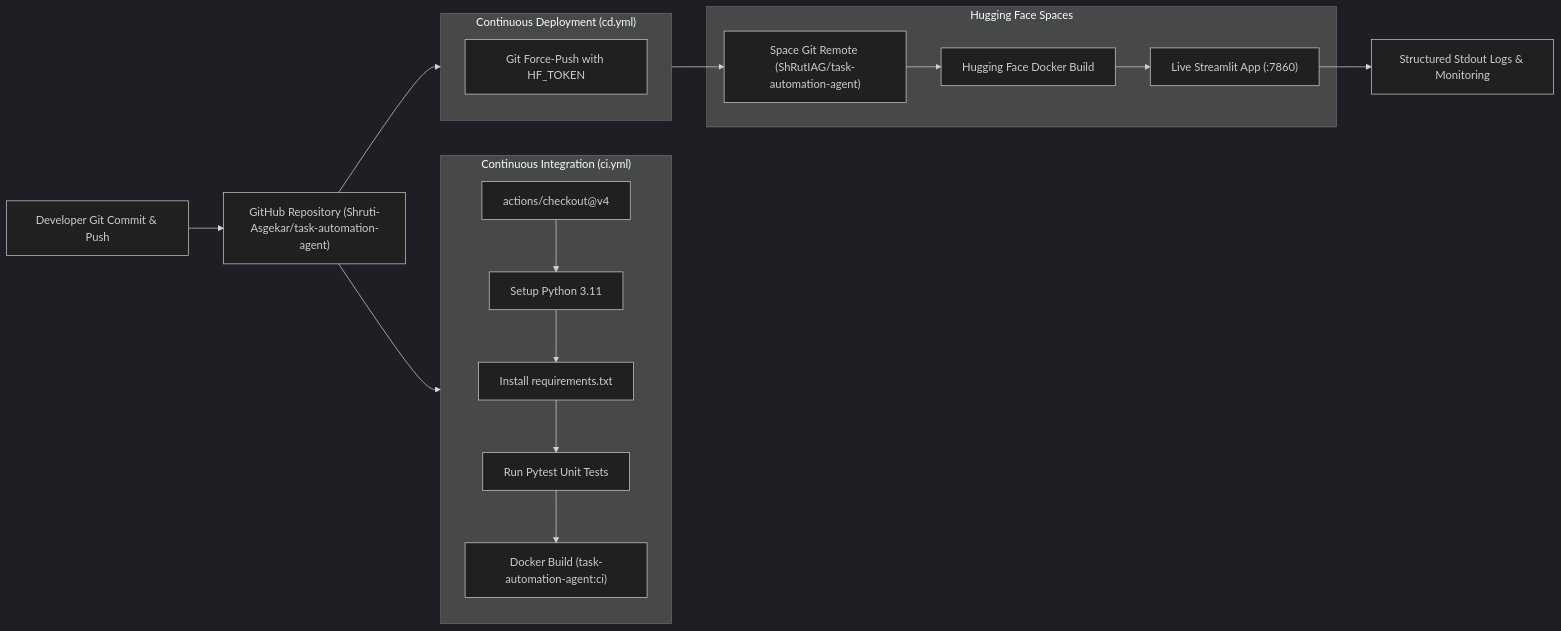
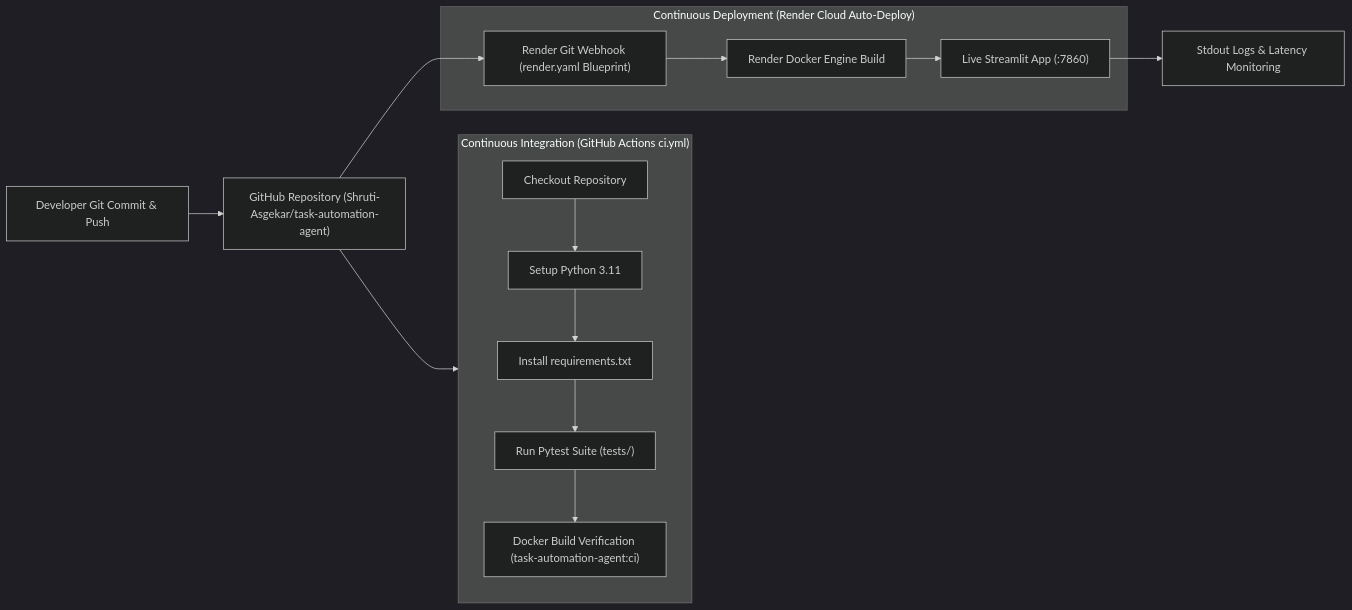
The diagram in docs/SUBMISSION.md (Shruti-Asgekar/task-automation-agent), drawn with Mermaid (dark theme) before and after one commit. The commit also changed other lines of this file and 1 other file, not shown here.

Commit message:
docs: update SUBMISSION.md with Render deployment architecture, live URL, and update cycle evidence

````diff
--- a/docs/SUBMISSION.md
+++ b/docs/SUBMISSION.md
@@ -24,26 +24,20 @@
 ```mermaid
 flowchart LR
     Dev["Developer Git Commit & Push"] --> GitHub["GitHub Repository (Shruti-Asgekar/task-automation-agent)"]
     
-    subgraph CI["Continuous Integration (ci.yml)"]
-        Checkout["actions/checkout@v4"] --> SetupPy["Setup Python 3.11"]
+    subgraph CI["Continuous Integration (GitHub Actions ci.yml)"]
+        Checkout["Checkout Repository"] --> SetupPy["Setup Python 3.11"]
         SetupPy --> PipInst["Install requirements.txt"]
-        PipInst --> PytestRun["Run Pytest Unit Tests"]
-        PytestRun --> DockerBuild["Docker Build (task-automation-agent:ci)"]
+        PipInst --> PytestRun["Run Pytest Suite (tests/)"]
+        PytestRun --> DockerBuild["Docker Build Verification (task-automation-agent:ci)"]
     end
     
-    subgraph CD["Continuous Deployment (cd.yml)"]
-        SyncHF["Git Force-Push with HF_TOKEN"]
+    subgraph CD["Continuous Deployment (Render Cloud Auto-Deploy)"]
+        Webhook["Render Git Webhook (render.yaml Blueprint)"] --> CloudBuild["Render Docker Engine Build"]
+        CloudBuild --> LiveApp["Live Streamlit App (:7860)"]
     end
 
     GitHub --> CI
-    GitHub --> CD
-    
-    subgraph HF["Hugging Face Spaces"]
-        HFGit["Space Git Remote (ShRutIAG/task-automation-agent)"] --> DockerBuildHF["Hugging Face Docker Build"]
-        DockerBuildHF --> LiveApp["Live Streamlit App (:7860)"]
-    end
-    
-    CD --> HFGit
-    LiveApp --> Logs["Structured Stdout Logs & Monitoring"]
+    GitHub --> Webhook
+    LiveApp --> Observability["Stdout Logs & Latency Monitoring"]
 ```
````
